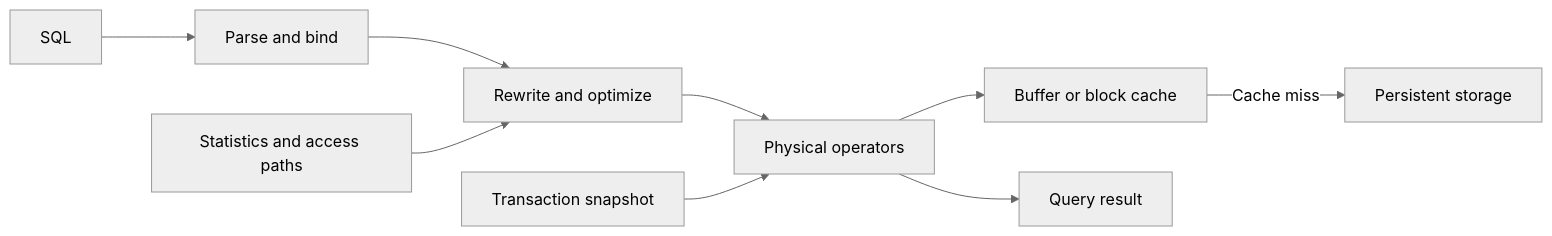
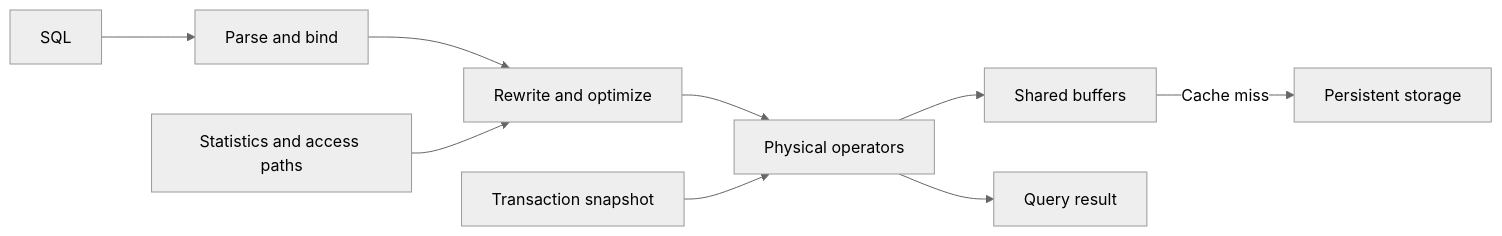
Before and after one commit to fefzoman/interview: the diagram in data-engineer/foundations/database.md, drawn with Mermaid (neutral theme). The commit also changed other lines of this file, not shown here.

````diff
--- a/data-engineer/foundations/database.md
+++ b/data-engineer/foundations/database.md
@@ -597,11 +451,11 @@
 ```mermaid
 flowchart LR
     A[SQL] --> B[Parse and bind]
     B --> C[Rewrite and optimize]
     S[Statistics and access paths] --> C
     C --> D[Physical operators]
     V[Transaction snapshot] --> D
-    D --> E[Buffer or block cache]
+    D --> E[Shared buffers]
     E -->|Cache miss| F[Persistent storage]
     D --> G[Query result]
 ```
````
